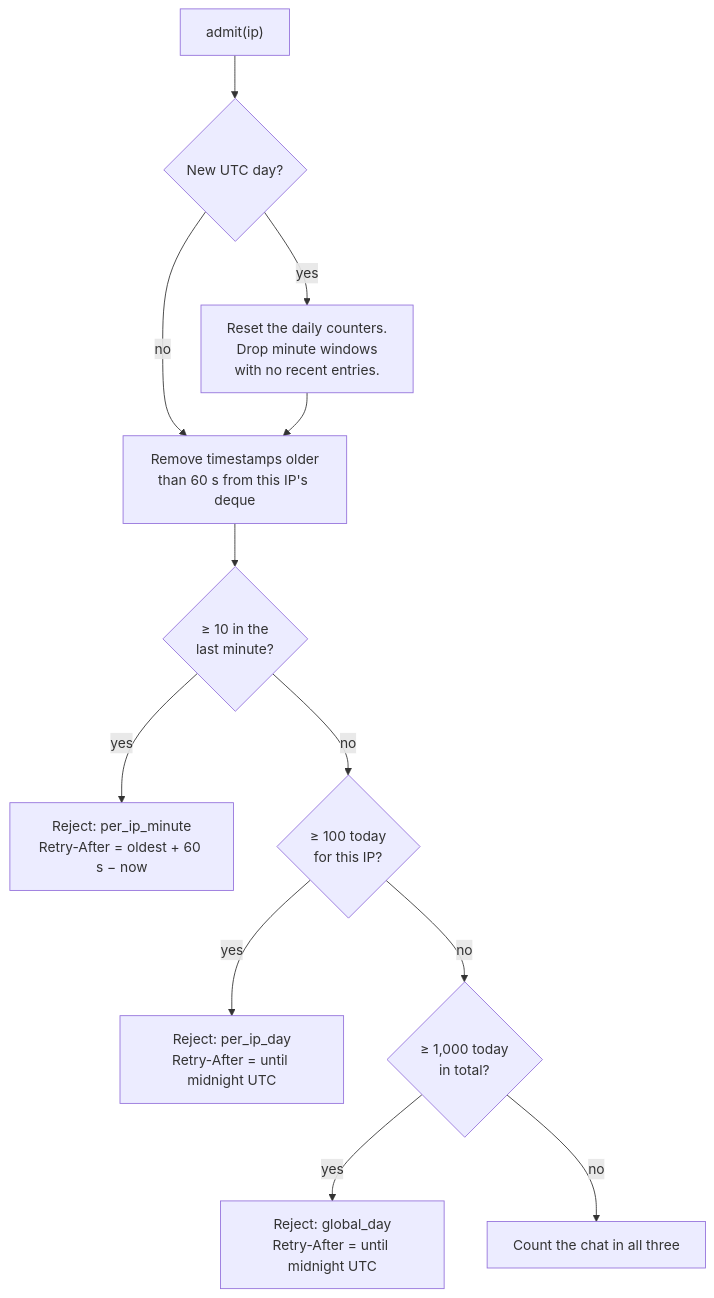
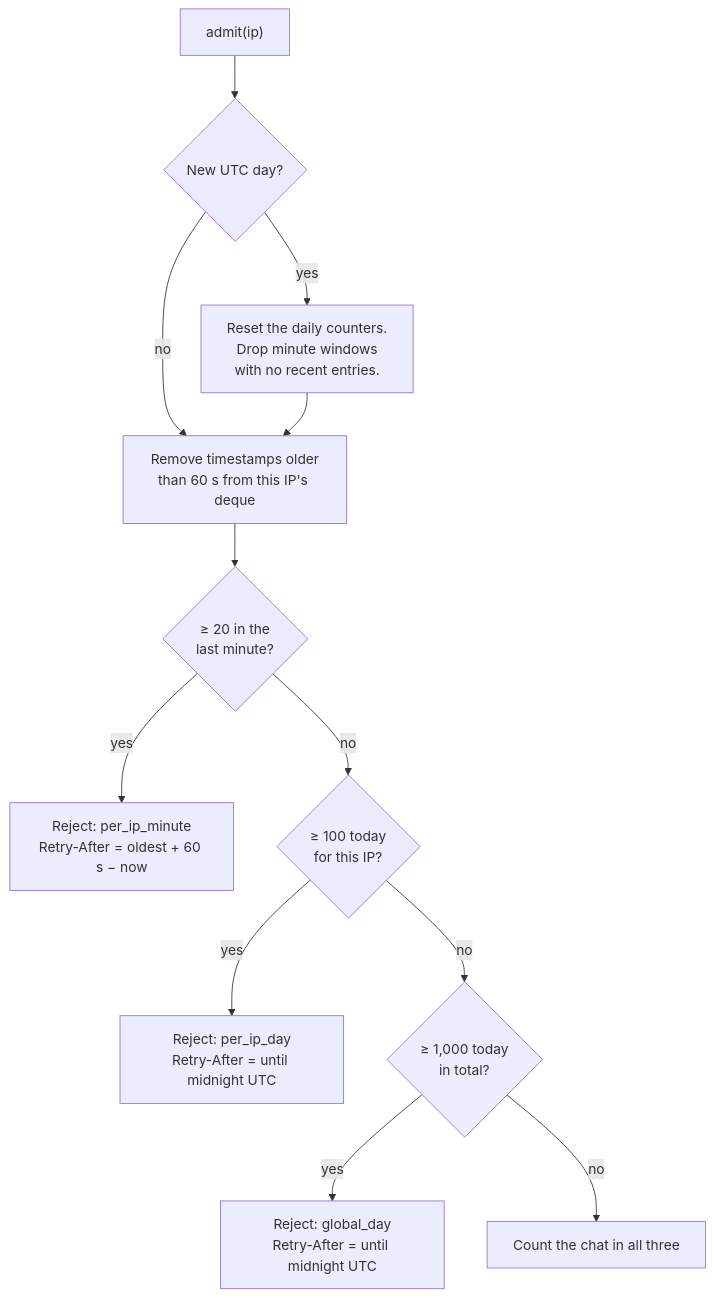
One commit to NaveenManjappa/hr-assist changed diagram 13 of 14 in docs/developer-guide.md. Above: the diagram before and after it, drawn with Mermaid. The commit also changed other lines of this file and 5 other files, not shown here.

````diff
--- a/docs/developer-guide.md
+++ b/docs/developer-guide.md
@@ -1169,14 +1169,14 @@
 ```mermaid
 flowchart TB
     A["admit(ip)"] --> D{"New UTC day?"}
     D -->|"yes"| RST["Reset the daily counters.<br/>Drop minute windows<br/>with no recent entries."]
     D -->|"no"| W
     RST --> W["Remove timestamps older<br/>than 60 s from this IP's deque"]
-    W --> M{"≥ 10 in the<br/>last minute?"}
+    W --> M{"≥ 20 in the<br/>last minute?"}
     M -->|"yes"| R1["Reject: per_ip_minute<br/>Retry-After = oldest + 60 s − now"]
     M -->|"no"| PD{"≥ 100 today<br/>for this IP?"}
     PD -->|"yes"| R2["Reject: per_ip_day<br/>Retry-After = until midnight UTC"]
     PD -->|"no"| G{"≥ 1,000 today<br/>in total?"}
     G -->|"yes"| R3["Reject: global_day<br/>Retry-After = until midnight UTC"]
     G -->|"no"| OK["Count the chat in all three"]
 ```
````
